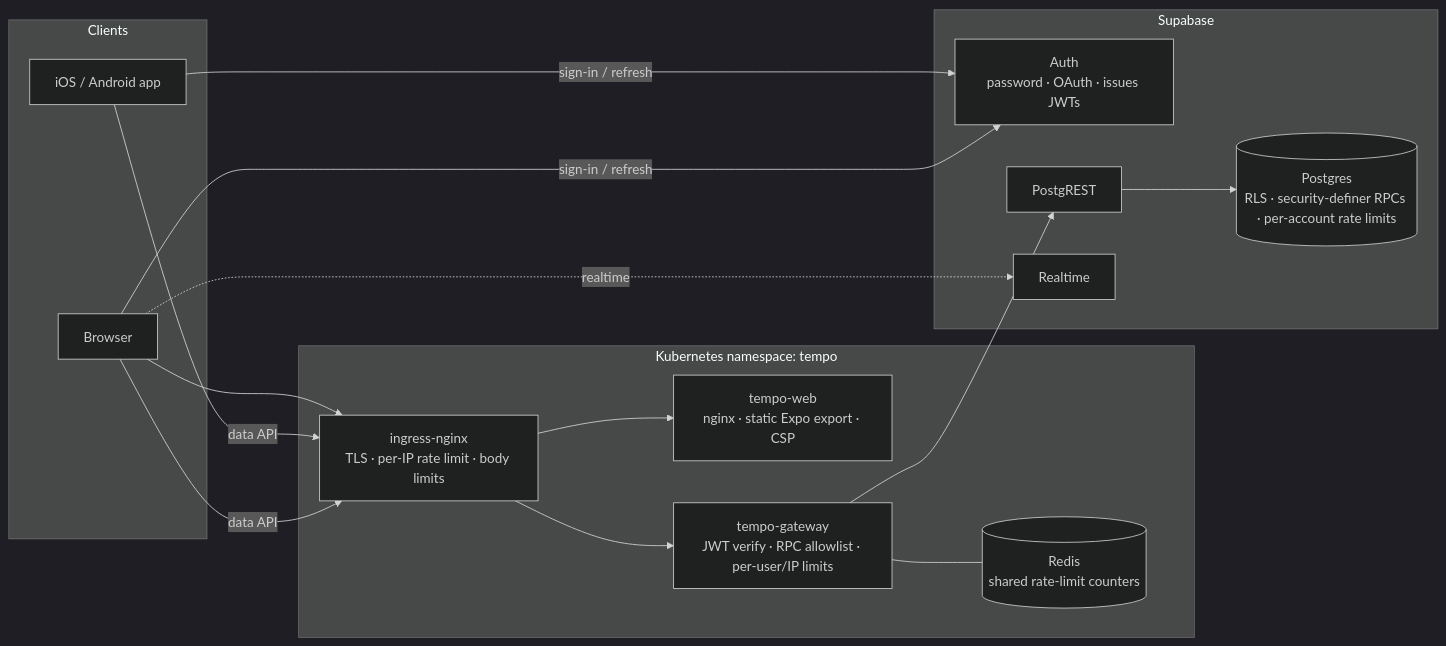
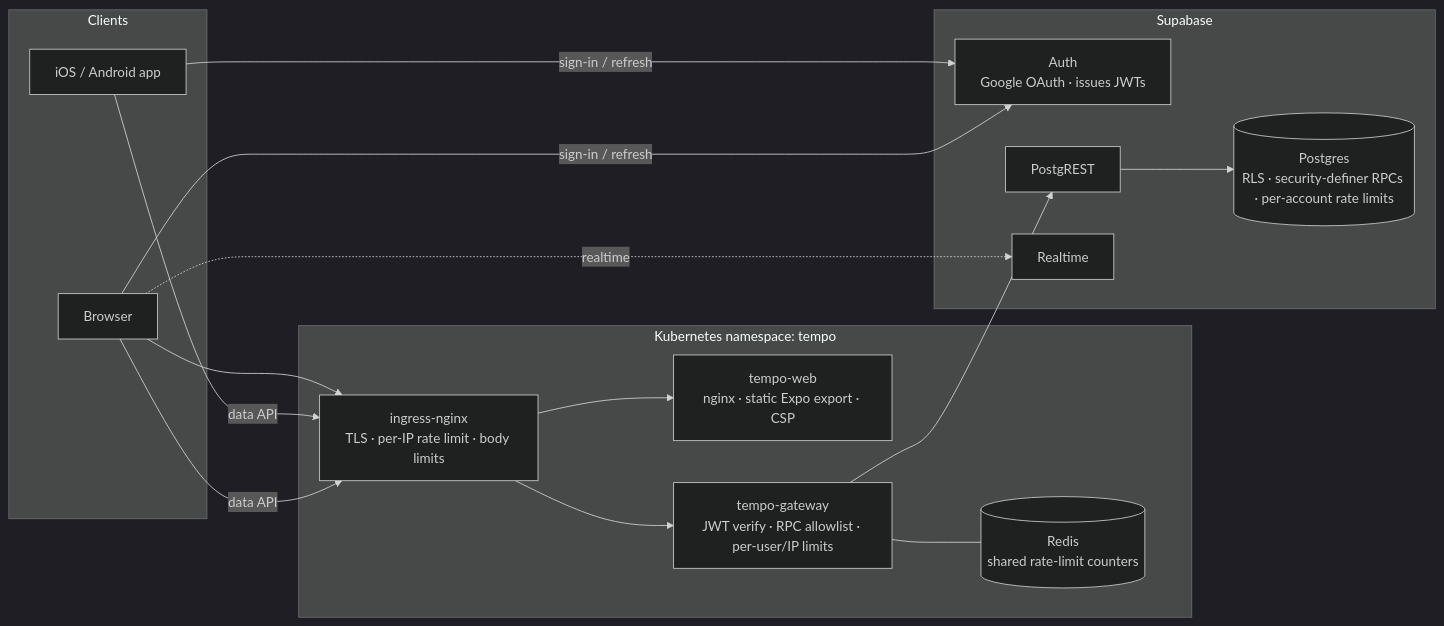
Before and after one commit to Geoecho/tempo-workforce: the diagram in docs/SECURITY.md, drawn with Mermaid (dark theme). The commit also changed other lines of this file and 42 other files, not shown here.

````diff
--- a/docs/SECURITY.md
+++ b/docs/SECURITY.md
@@ -7,26 +7,26 @@
 ```mermaid
 flowchart LR
   subgraph Clients
     iOS[iOS / Android app]
     Web[Browser]
   end
   subgraph K8s[Kubernetes namespace: tempo]
     ING[ingress-nginx<br/>TLS · per-IP rate limit · body limits]
     WEB[tempo-web<br/>nginx · static Expo export · CSP]
     GW[tempo-gateway<br/>JWT verify · RPC allowlist · per-user/IP limits]
     R[(Redis<br/>shared rate-limit counters)]
   end
   subgraph Supabase
-    AUTH[Auth<br/>password · OAuth · issues JWTs]
+    AUTH[Auth<br/>Google OAuth · issues JWTs]
     REST[PostgREST]
     DB[(Postgres<br/>RLS · security-definer RPCs · per-account rate limits)]
     RT[Realtime]
   end
   Web --> ING --> WEB
   iOS -- data API --> ING --> GW --> REST --> DB
   Web -- data API --> ING
   GW --- R
   iOS -- sign-in / refresh --> AUTH
   Web -- sign-in / refresh --> AUTH
   Web -. realtime .-> RT
 ```
````
